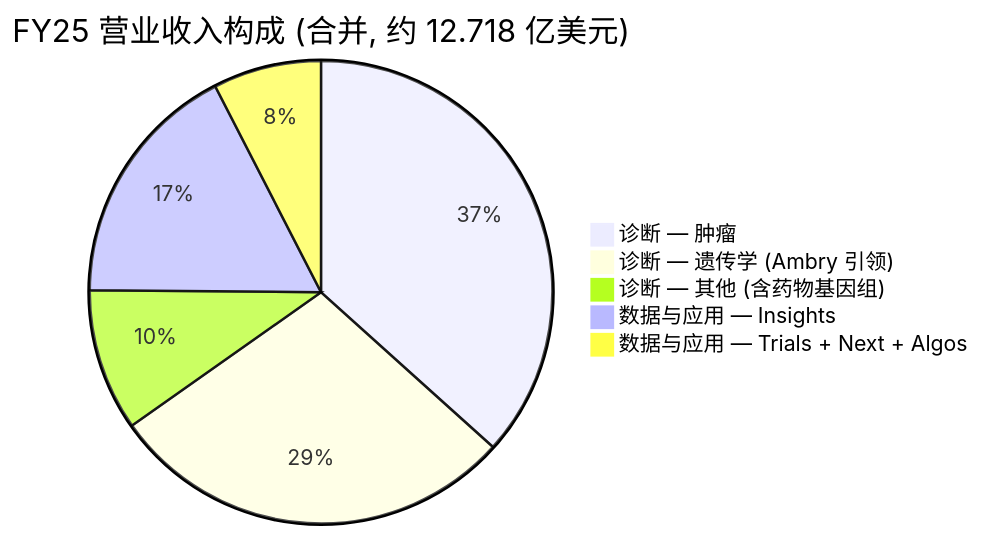
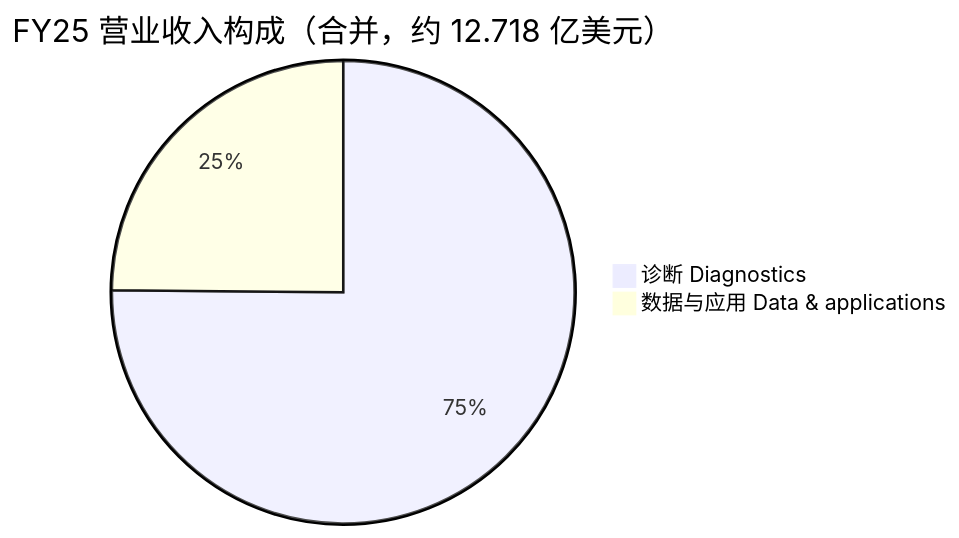
Before and after one commit to dadachundan/financial_agent: the fifth of 7 diagrams in reports/company/TempusAI_NASDAQ_TEM/TempusAI_NASDAQ_TEM_公司研究.md, drawn with Mermaid. The commit also changed other lines of this file, not shown here.

First line of the commit message:
feat(company-research): refresh Tempus AI (TEM) — full chart suite + decision layer

````diff
--- a/reports/company/TempusAI_NASDAQ_TEM/TempusAI_NASDAQ_TEM_公司研究.md
+++ b/reports/company/TempusAI_NASDAQ_TEM/TempusAI_NASDAQ_TEM_公司研究.md
@@ -221,8 +494,5 @@
 ```mermaid
-pie title FY25 营业收入构成 (合并, 约 12.718 亿美元)
-    "诊断 — 肿瘤" : 466
-    "诊断 — 遗传学 (Ambry 引领)" : 363
-    "诊断 — 其他 (含药物基因组)" : 126
-    "数据与应用 — Insights" : 220
-    "数据与应用 — Trials + Next + Algos" : 96
+pie title FY25 营业收入构成（合并，约 12.718 亿美元）
+    "诊断 Diagnostics" : 955
+    "数据与应用 Data & applications" : 316
 ```
````
